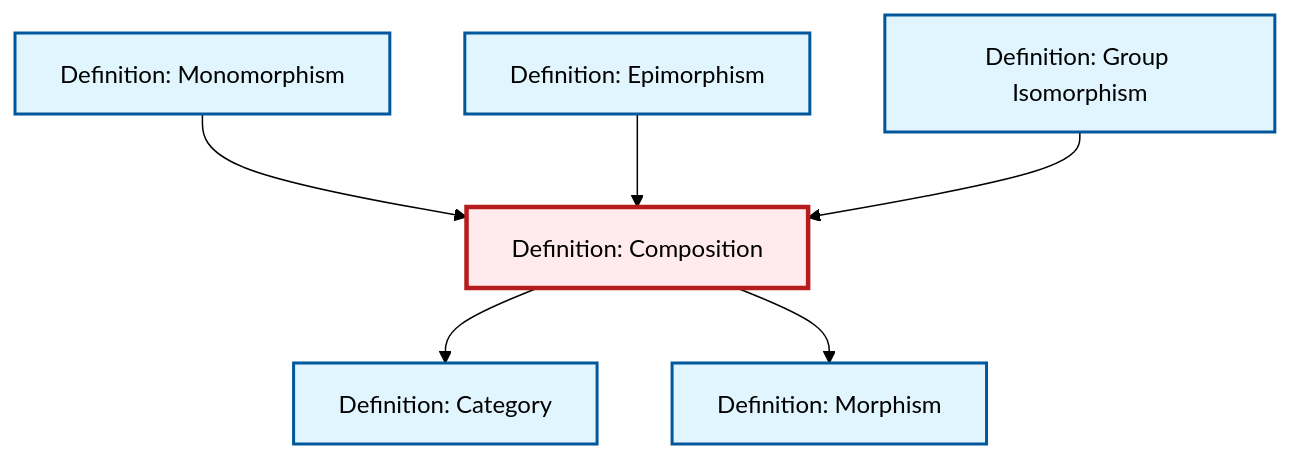
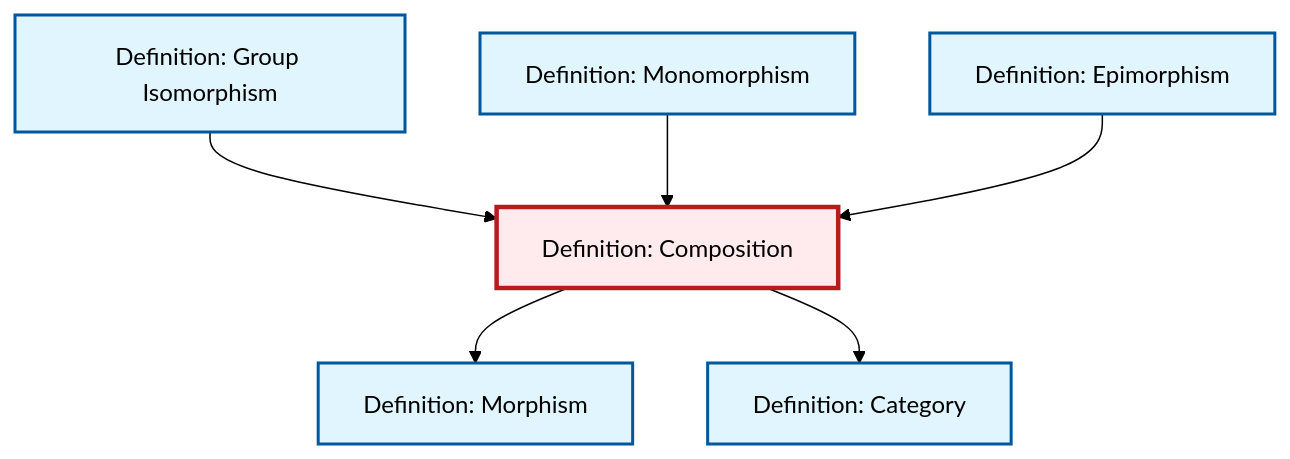
Before and after one commit to RK0429/ModernMath: the diagram in content/ja/category-theory/def-composition.qmd, drawn with Mermaid (forest theme). The commit also changed other lines of this file and 634 other files, not shown here.

````diff
--- a/content/ja/category-theory/def-composition.qmd
+++ b/content/ja/category-theory/def-composition.qmd
@@ -93,26 +93,26 @@
 ```{mermaid}
 %%| fig-cap: "Local dependency graph"
 graph TD
     classDef definition fill:#e1f5fe,stroke:#01579b,stroke-width:2px
     classDef theorem fill:#f3e5f5,stroke:#4a148c,stroke-width:2px
     classDef axiom fill:#fff3e0,stroke:#e65100,stroke-width:2px
     classDef example fill:#e8f5e9,stroke:#1b5e20,stroke-width:2px
     classDef current fill:#ffebee,stroke:#b71c1c,stroke-width:3px
+    def-category["Definition: Category"]:::definition
     def-composition["Definition: Composition"]:::definition
+    def-epimorphism["Definition: Epimorphism"]:::definition
     def-monomorphism["Definition: Monomorphism"]:::definition
-    def-epimorphism["Definition: Epimorphism"]:::definition
+    def-isomorphism["Definition: Group Isomorphism"]:::definition
     def-morphism["Definition: Morphism"]:::definition
-    def-isomorphism["Definition: Group Isomorphism"]:::definition
-    def-category["Definition: Category"]:::definition
+    def-isomorphism --> def-composition
+    def-composition --> def-morphism
+    def-monomorphism --> def-composition
     def-composition --> def-category
-    def-monomorphism --> def-composition
     def-epimorphism --> def-composition
-    def-composition --> def-morphism
-    def-isomorphism --> def-composition
     class def-composition current
+    click def-category "def-category.html" "Definition: Categoryへ"
+    click def-epimorphism "def-epimorphism.html" "Definition: Epimorphismへ"
     click def-monomorphism "def-monomorphism.html" "Definition: Monomorphismへ"
-    click def-epimorphism "def-epimorphism.html" "Definition: Epimorphismへ"
+    click def-isomorphism "def-isomorphism.html" "Definition: Group Isomorphismへ"
     click def-morphism "def-morphism.html" "Definition: Morphismへ"
-    click def-isomorphism "def-isomorphism.html" "Definition: Group Isomorphismへ"
-    click def-category "def-category.html" "Definition: Categoryへ"
 ```
````
